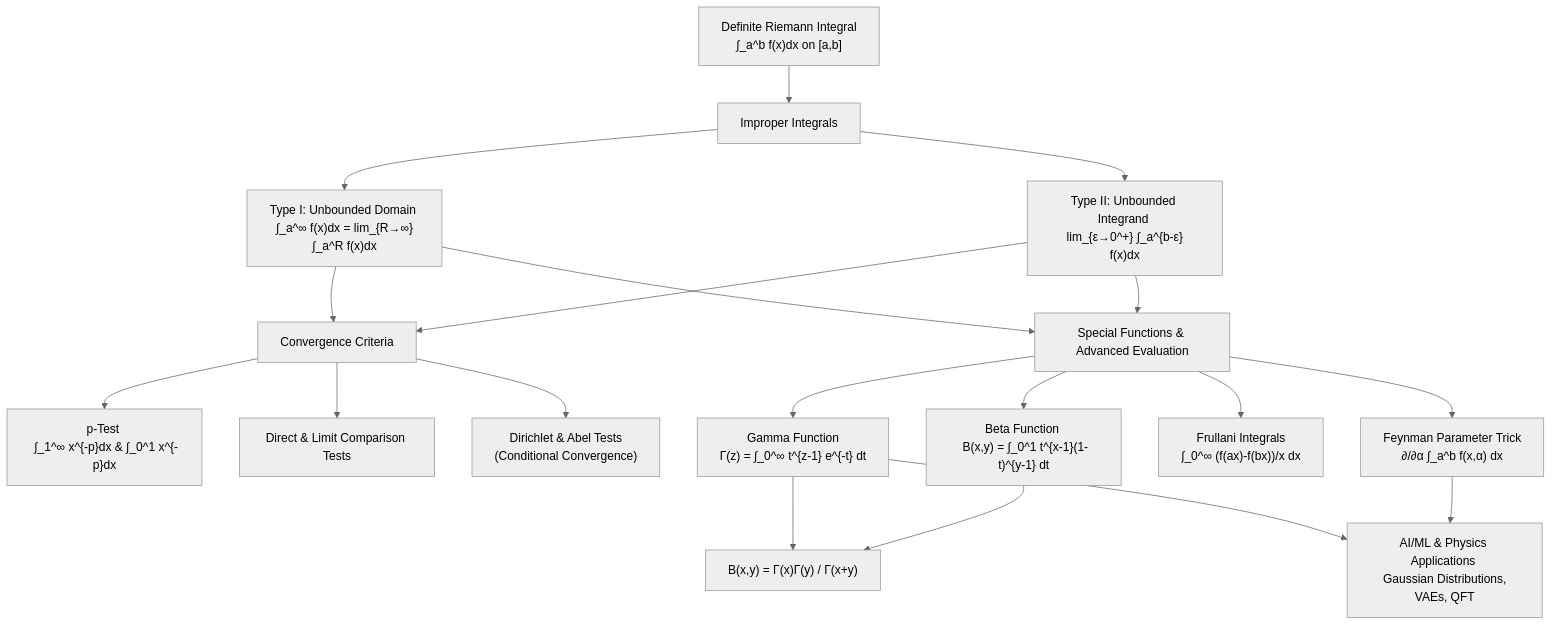
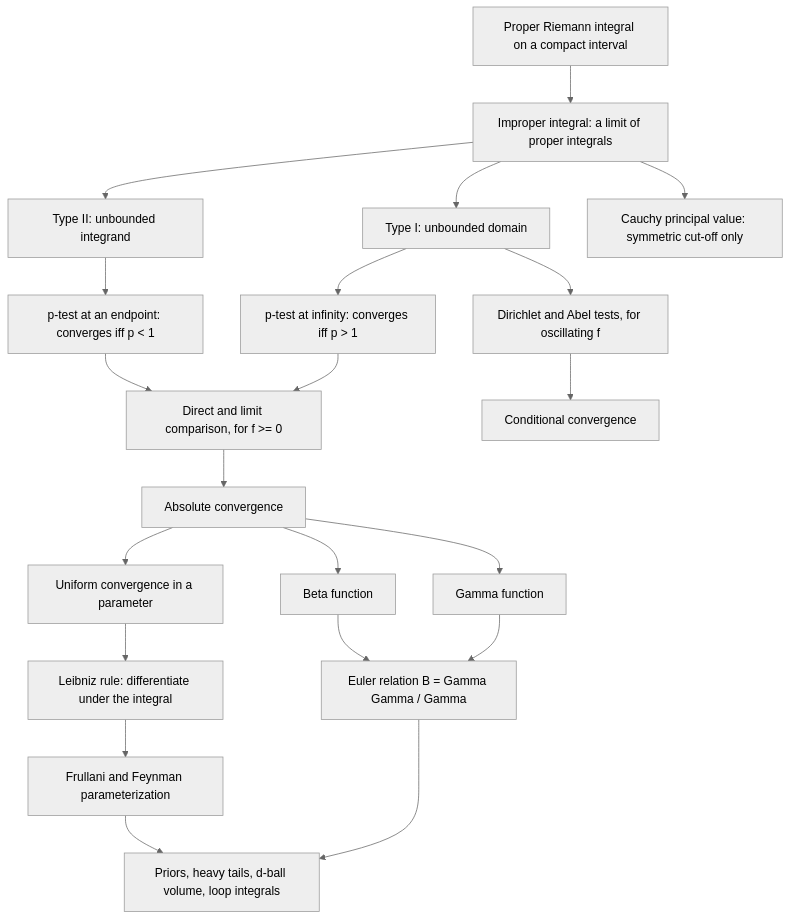
The diagram in calculus/07_improper_integrals_special_functions/README.md (hien078/applied-mathematics-foundation), drawn with Mermaid (neutral theme) before and after one commit. The commit also changed other lines of this file and 25 other files, not shown here.

````diff
--- a/calculus/07_improper_integrals_special_functions/README.md
+++ b/calculus/07_improper_integrals_special_functions/README.md
@@ -20,20 +71,27 @@
 ```mermaid
 graph TD
-    A["Definite Riemann Integral <br> ∫_a^b f(x)dx on [a,b]"] --> B["Improper Integrals"]
-    B --> C["Type I: Unbounded Domain <br> ∫_a^∞ f(x)dx = lim_{R→∞} ∫_a^R f(x)dx"]
-    B --> D["Type II: Unbounded Integrand <br> lim_{ε→0^+} ∫_a^{b-ε} f(x)dx"]
-    
-    C & D --> E["Convergence Criteria"]
-    E --> F["p-Test <br> ∫_1^∞ x^{-p}dx & ∫_0^1 x^{-p}dx"]
-    E --> G["Direct & Limit Comparison Tests"]
-    E --> H["Dirichlet & Abel Tests <br> (Conditional Convergence)"]
-    
-    C & D --> I["Special Functions & Advanced Evaluation"]
-    I --> J["Gamma Function <br> Γ(z) = ∫_0^∞ t^{z-1} e^{-t} dt"]
-    I --> K["Beta Function <br> B(x,y) = ∫_0^1 t^{x-1}(1-t)^{y-1} dt"]
-    I --> L["Frullani Integrals <br> ∫_0^∞ (f(ax)-f(bx))/x dx"]
-    I --> M["Feynman Parameter Trick <br> ∂/∂α ∫_a^b f(x,α) dx"]
-    
-    J & K --> N["B(x,y) = Γ(x)Γ(y) / Γ(x+y)"]
-    J & M --> O["AI/ML & Physics Applications <br> Gaussian Distributions, VAEs, QFT"]
+    A["Proper Riemann integral on a compact interval"] --> B["Improper integral: a limit of proper integrals"]
+    B --> C["Type I: unbounded domain"]
+    B --> D["Type II: unbounded integrand"]
+    B --> E["Cauchy principal value: symmetric cut-off only"]
+
+    C --> F["p-test at infinity: converges iff p > 1"]
+    D --> G["p-test at an endpoint: converges iff p < 1"]
+
+    F --> H["Direct and limit comparison, for f >= 0"]
+    G --> H
+    H --> I["Absolute convergence"]
+    C --> J["Dirichlet and Abel tests, for oscillating f"]
+    J --> K["Conditional convergence"]
+
+    I --> L["Gamma function"]
+    I --> M["Beta function"]
+    L --> N["Euler relation B = Gamma Gamma / Gamma"]
+    M --> N
+
+    I --> O["Uniform convergence in a parameter"]
+    O --> P["Leibniz rule: differentiate under the integral"]
+    P --> Q["Frullani and Feynman parameterization"]
+    N --> R["Priors, heavy tails, d-ball volume, loop integrals"]
+    Q --> R
 ```
````
